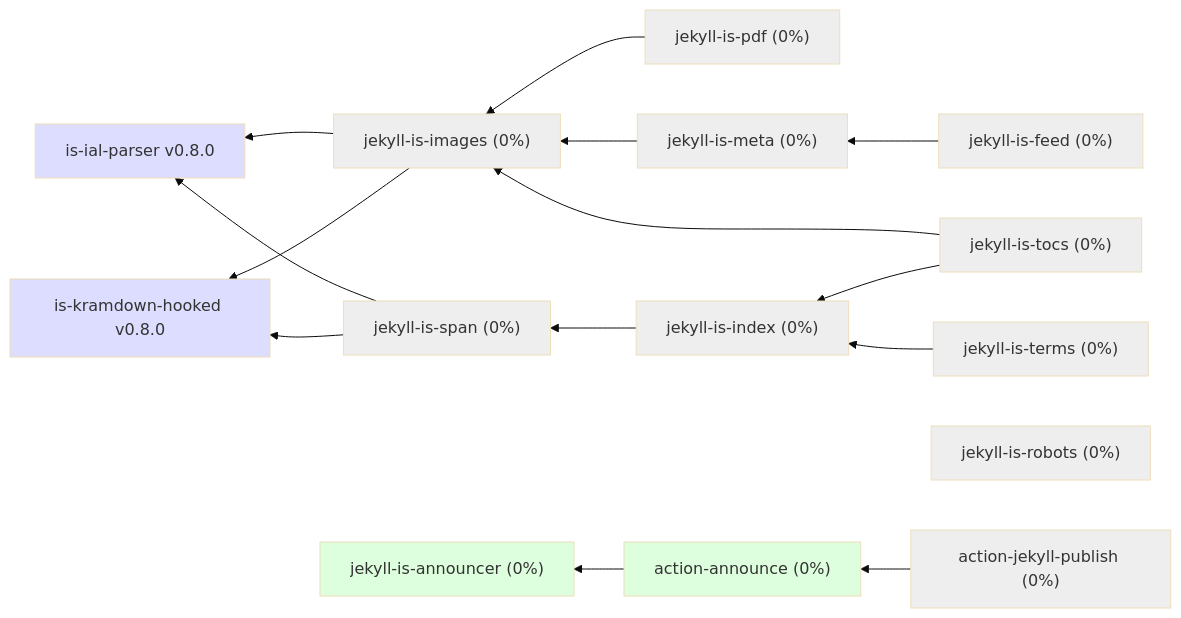
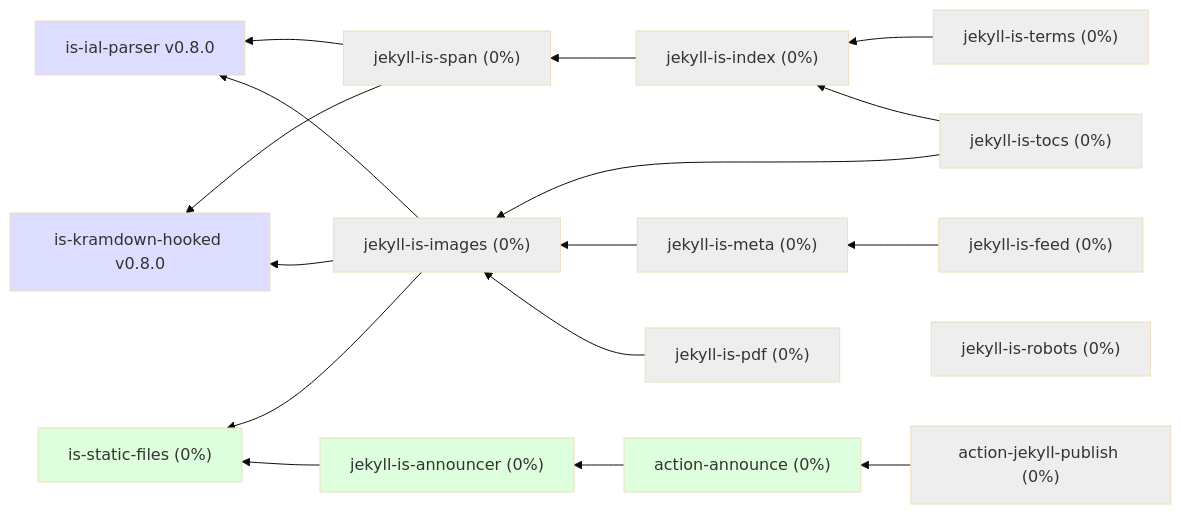
The diagram in profile/README.md (jekyll-is/.github), drawn with Mermaid (base theme) before and after one commit.

````diff
--- a/profile/README.md
+++ b/profile/README.md
@@ -7,54 +7,58 @@
 ```mermaid
 graph RL
   ial["is-ial-parser v0.8.0"]
   kramdown["is-kramdown-hooked v0.8.0"]
-  images["jekyll-is-images (0%)"] --> ial
-  images --> kramdown
-  pdf["jekyll-is-pdf (0%)"] --> images
+  statics["is-static-files (0%)"]
   span["jekyll-is-span (0%)"] --> ial
   span --> kramdown
   index["jekyll-is-index (0%)"] --> span
   abbr["jekyll-is-terms (0%)"] --> index
+  images["jekyll-is-images (0%)"] --> ial
+  images --> kramdown
+  images --> statics
   tocs["jekyll-is-tocs (0%)"] --> images
   tocs --> index
   meta["jekyll-is-meta (0%)"] --> images
   feed["jekyll-is-feed (0%)"] --> meta
   robots["jekyll-is-robots (0%)"]
-  announcer["jekyll-is-announcer (0%)"]
+  announcer["jekyll-is-announcer (0%)"] --> statics
   act-announce["action-announce (0%)"] --> announcer
   publish["action-jekyll-publish (0%)"] --> act-announce
+  pdf["jekyll-is-pdf (0%)"] --> images
 
 click ial "https://github.com/jekyll-is/is-ial-parser"
 click kramdown "https://github.com/jekyll-is/is-kramdown-hooked"
 click announcer "https://github.com/jekyll-is/jekyll-is-announcer"
 click act-announce "https://github.com/jekyll-is/action-announce"
 click publish "https://github.com/jekyll-is/action-jekyll-publish"
 click images "https://github.com/jekyll-is/jekyll-is-images"
 click robots "https://github.com/jekyll-is/jekyll-is-robots"
 click meta "https://github.com/jekyll-is/jekyll-is-meta"
 click pdf "https://github.com/jekyll-is/jekyll-is-pdf"
 click tocs "https://github.com/jekyll-is/jekyll-is-tocs"
 click feed "https://github.com/jekyll-is/jekyll-is-feed"
 click index "https://github.com/jekyll-is/jekyll-is-index"
 click span "https://github.com/jekyll-is/jekyll-is-span"
 click abbr "https://github.com/jekyll-is/jekyll-is-terms"
+click statics "https://github.com/jekyll-is/is-static-files"
 
 classDef green fill:#DFD
 classDef gray fill:#EEE
 classDef blue fill:#DDF
 
 class ial blue
 class kramdown blue
 class images gray
 class announcer green
 class act-announce green
 class publish gray
 class pdf gray
 class span gray
 class index gray
 class feed gray
 class meta gray
 class robots gray
 class tocs gray
 class abbr gray
+class statics green
 ```
````
